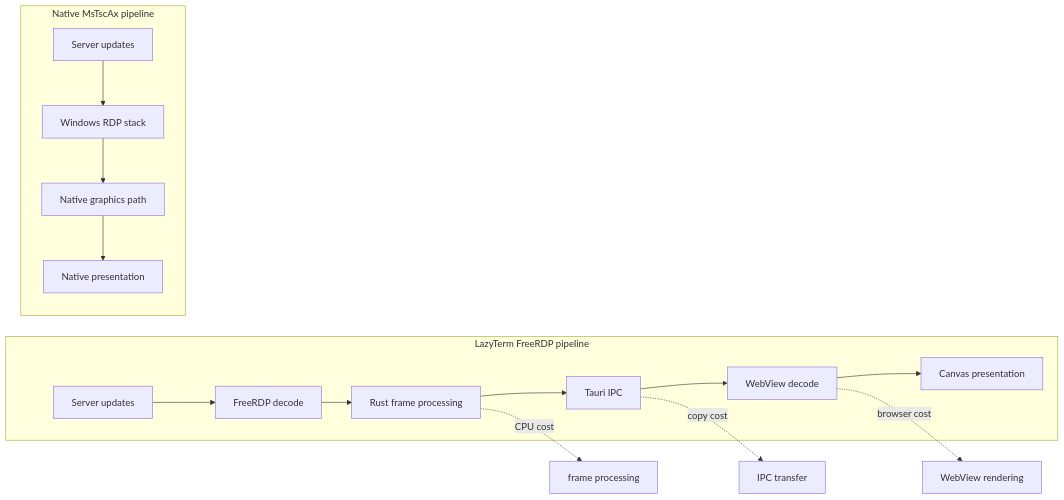
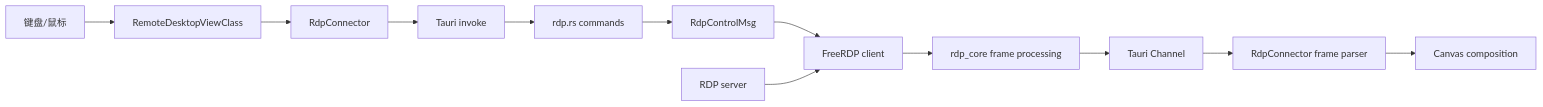
Before and after one commit to LeoJhon8/LazyTerm: the first of 2 diagrams in docs/developer/rdp-architecture.md, drawn with Mermaid. The commit also changed other lines of this file and 25 other files, not shown here.

````diff
--- a/docs/developer/rdp-architecture.md
+++ b/docs/developer/rdp-architecture.md
@@ -92,20 +28,14 @@
 ```mermaid
 flowchart LR
-    subgraph LT["LazyTerm FreeRDP pipeline"]
-        LT1["Server updates"] --> LT2["FreeRDP decode"]
-        LT2 --> LT3["Rust frame processing"]
-        LT3 --> LT4["Tauri IPC"]
-        LT4 --> LT5["WebView decode"]
-        LT5 --> LT6["Canvas presentation"]
-    end
-
-    subgraph MS["Native MsTscAx pipeline"]
-        MS1["Server updates"] --> MS2["Windows RDP stack"]
-        MS2 --> MS3["Native graphics path"]
-        MS3 --> MS4["Native presentation"]
-    end
-
-    LT3 -. CPU cost .-> H1["frame processing"]
-    LT4 -. copy cost .-> H2["IPC transfer"]
-    LT5 -. browser cost .-> H3["WebView rendering"]
+    Input["键盘/鼠标"] --> View["RemoteDesktopViewClass"]
+    View --> Connector["RdpConnector"]
+    Connector --> Invoke["Tauri invoke"]
+    Invoke --> Command["rdp.rs commands"]
+    Command --> Control["RdpControlMsg"]
+    Control --> Client["FreeRDP client"]
+    Server["RDP server"] --> Client
+    Client --> Core["rdp_core frame processing"]
+    Core --> Channel["Tauri Channel<ArrayBuffer>"]
+    Channel --> Parse["RdpConnector frame parser"]
+    Parse --> Canvas["Canvas composition"]
 ```
````
